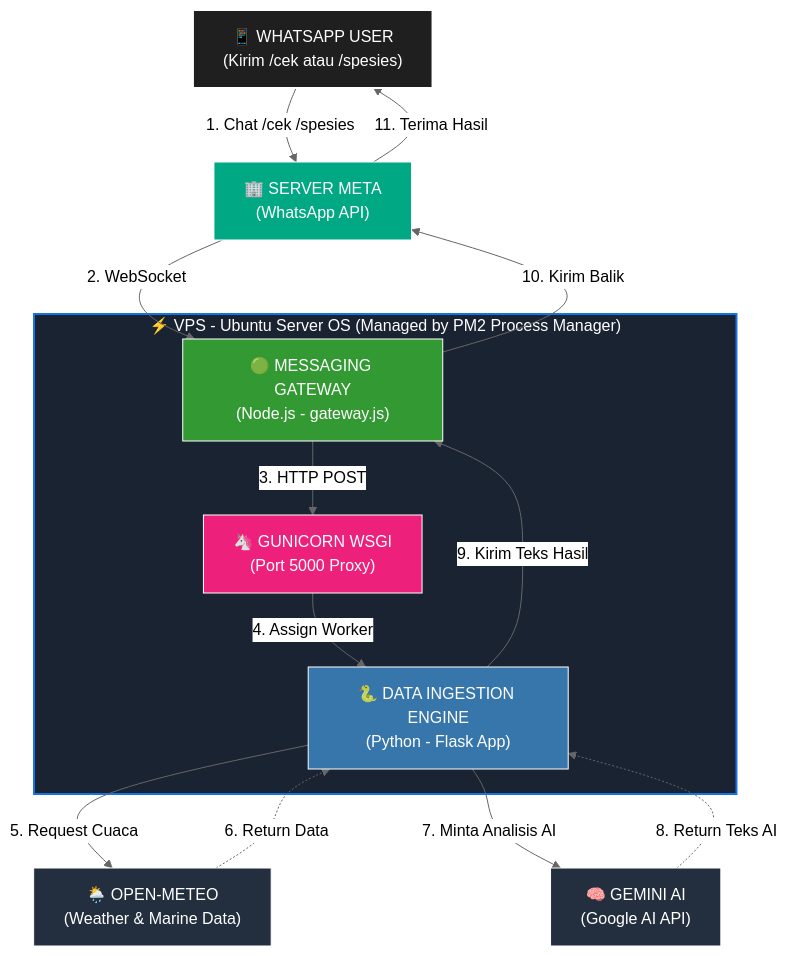
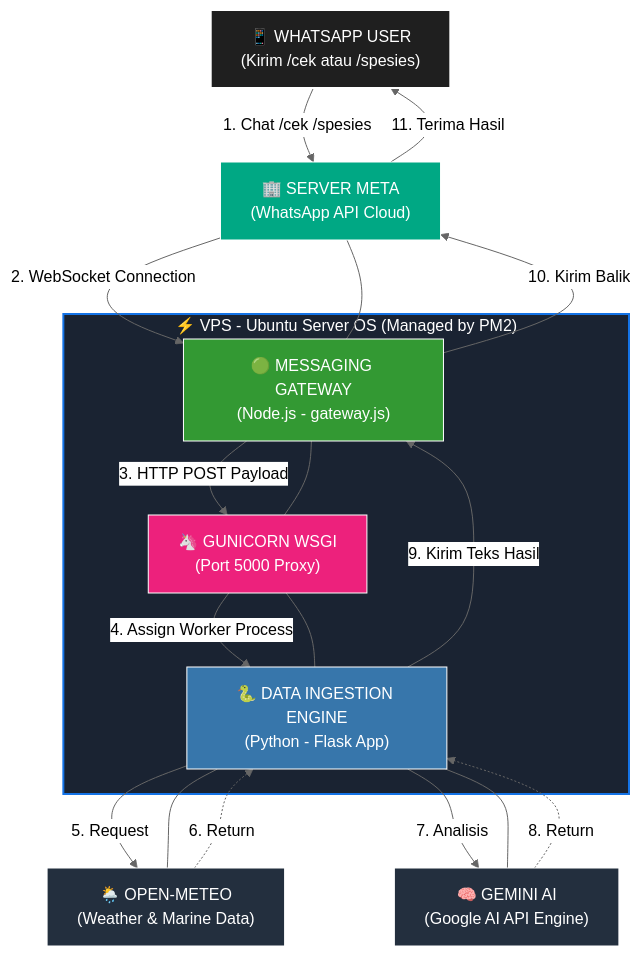
The diagram in content.id/projects/bot-fishing.md (AdienDendra/architect-web), drawn with Mermaid (neutral theme) before and after one commit.

Commit message:
Update bot-fishing.md mermaid

```diff
--- a/content.id/projects/bot-fishing.md
+++ b/content.id/projects/bot-fishing.md
@@ -60,50 +60,53 @@
 {{< mermaid >}}
 graph TD
     %% Define Styles
     classDef user fill:#1f1f1f,stroke:#fff,stroke-width:2px,color:#fff;
     classDef meta fill:#00a884,stroke:#fff,stroke-width:1px,color:#fff;
     classDef nodejs fill:#339933,stroke:#fff,stroke-width:1px,color:#fff;
     classDef guni fill:#ed217c,stroke:#fff,stroke-width:1px,color:#fff;
     classDef python fill:#3776AB,stroke:#fff,stroke-width:1px,color:#fff;
     classDef external fill:#232F3E,stroke:#fff,stroke-width:1px,color:#fff;
 
-    %% Nodes Configuration (Top Tier)
+    %% --- LEVEL 1: EXTERNAL ACTORS (ATAS) ---
     User["📱 WHATSAPP USER<br>(Kirim /cek atau /spesies)"]:::user
-    Meta["🏢 SERVER META<br>(WhatsApp API)"]:::meta
+    Meta["🏢 SERVER META<br>(WhatsApp API Cloud)"]:::meta
 
-    %% Nodes Configuration (Middle Tier - VPS)
-    subgraph VPS ["⚡ VPS - Ubuntu Server OS (Managed by PM2 Process Manager)"]
+    %% --- LEVEL 2: COMPONENT DI DALAM VPS (TENGAH) ---
+    subgraph VPS ["⚡ VPS - Ubuntu Server OS (Managed by PM2)"]
         NodeApp["🟢 MESSAGING GATEWAY<br>(Node.js - gateway.js)"]:::nodejs
         GuniMaster["🦄 GUNICORN WSGI<br>(Port 5000 Proxy)"]:::guni
         MainPy["🐍 DATA INGESTION ENGINE<br>(Python - Flask App)"]:::python
     end
 
-    %% Nodes Configuration (Bottom Tier - Third Party)
+    %% --- LEVEL 3: EXTERNAL API (BAWAH) ---
     BOM["🌦️ OPEN-METEO<br>(Weather & Marine Data)"]:::external
-    Gemini["🧠 GEMINI AI<br>(Google AI API)"]:::external
+    Gemini["🧠 GEMINI AI<br>(Google AI API Engine)"]:::external
 
-    %% === LINK ALUR MASUK (LURUS KE BAWAH) ===
+    %% === FLOW UTUH TEGAK LURUS (1 JALUR LURUS KE BAWAH) ===
     User -->|1. Chat /cek /spesies| Meta
-    Meta -->|2. WebSocket| NodeApp
-    NodeApp -->|3. HTTP POST| GuniMaster
-    GuniMaster -->|4. Assign Worker| MainPy
-
-    %% === LINK THIRD PARTY (BOTTOM LOOP) ===
-    MainPy -->|5. Request Cuaca| BOM
-    BOM -.->|6. Return Data| MainPy
-    MainPy -->|7. Minta Analisis AI| Gemini
-    Gemini -.->|8. Return Teks AI| MainPy
-
-    %% === LINK ALUR BALIK (MELENGKUNG KE ATAS) ===
+    Meta -->|2. WebSocket Connection| NodeApp
+    NodeApp -->|3. HTTP POST Payload| GuniMaster
+    GuniMaster -->|4. Assign Worker Process| MainPy
+    
+    %% Tembakan API di level paling bawah
+    MainPy -->|5. Request| BOM
+    BOM -.->|6. Return| MainPy
+    MainPy -->|7. Analisis| Gemini
+    Gemini -.->|8. Return| MainPy
+    
+    %% JALUR PULANG (Dipaksa lurus naik ke atas lewat tengah)
     MainPy -->|9. Kirim Teks Hasil| NodeApp
     NodeApp -->|10. Kirim Balik| Meta
     Meta -->|11. Terima Hasil| User
 
-    %% === TRIK JALUR GAIB (Memaksa Posisi BOM & Gemini Tetap Di Bawah) ===
-    NodeApp ~~~ BOM
-    GuniMaster ~~~ Gemini
+    %% FORCE ALIGNMENT MECHANISM (Mengunci semua komponen agar berbaris satu kolom)
+    Meta --- NodeApp
+    NodeApp --- GuniMaster
+    GuniMaster --- MainPy
+    MainPy --- BOM
+    MainPy --- Gemini
 
     %% Assign Subgraph Style
     style VPS fill:#1a2332,stroke:#1473e6,stroke-width:2px,color:#fff
 
 {{< /mermaid >}}
```
